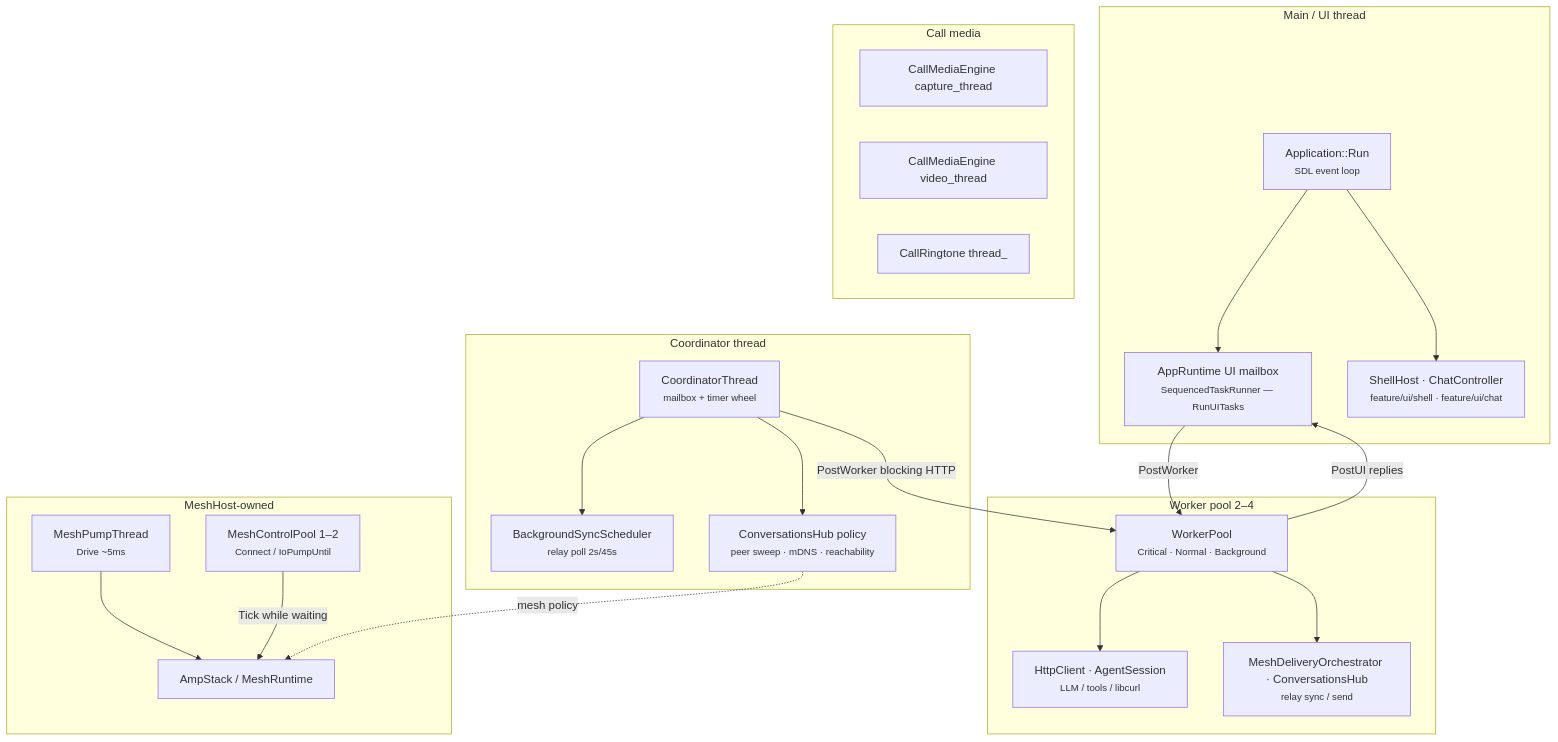
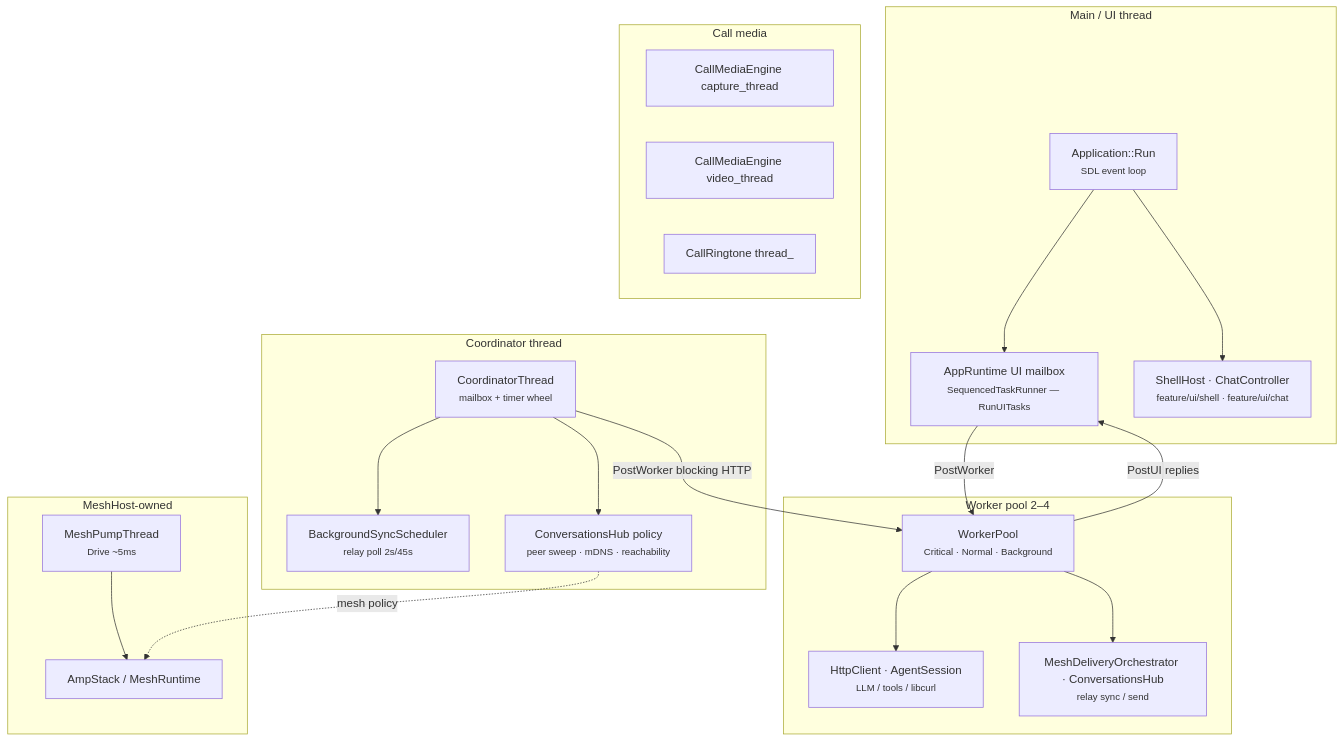
Before and after one commit to people-post/pp-browser: the fourth of 4 diagrams in docs/architecture/RUNTIME_COMPOSITION.md, drawn with Mermaid. The commit also changed other lines of this file and 50 other files, not shown here.

````diff
--- a/docs/architecture/RUNTIME_COMPOSITION.md
+++ b/docs/architecture/RUNTIME_COMPOSITION.md
@@ -235,45 +235,43 @@
 ```mermaid
 flowchart TB
   subgraph main["Main / UI thread"]
     SDL["Application::Run<br/><small>SDL event loop</small>"]
     UIQ["AppRuntime UI mailbox<br/><small>SequencedTaskRunner — RunUITasks</small>"]
     ShellTick["ShellHost · ChatController<br/><small>feature/ui/shell · feature/ui/chat</small>"]
     SDL --> UIQ
     SDL --> ShellTick
   end
 
   subgraph coord["Coordinator thread"]
     Coord["CoordinatorThread<br/><small>mailbox + timer wheel</small>"]
     RelayPoll["BackgroundSyncScheduler<br/><small>relay poll 2s/45s</small>"]
     HubPolicy["ConversationsHub policy<br/><small>peer sweep · mDNS · reachability</small>"]
     Coord --> RelayPoll
     Coord --> HubPolicy
   end
 
   subgraph pool["Worker pool 2–4"]
     Pool["WorkerPool<br/><small>Critical · Normal · Background</small>"]
     Http["HttpClient · AgentSession<br/><small>LLM / tools / libcurl</small>"]
     P2pWork["MeshDeliveryOrchestrator · ConversationsHub<br/><small>relay sync / send</small>"]
     Pool --> Http
     Pool --> P2pWork
   end
 
   subgraph mesh_host["MeshHost-owned"]
     Pump["MeshPumpThread<br/><small>Drive ~5ms</small>"]
-    Ctrl["MeshControlPool 1–2<br/><small>Connect / IoPumpUntil</small>"]
     Amp["AmpStack / MeshRuntime"]
     Pump --> Amp
-    Ctrl -->|"Tick while waiting"| Amp
   end
 
   subgraph media_stack["Call media"]
     Cap["CallMediaEngine capture_thread"]
     Vid["CallMediaEngine video_thread"]
     Ring["CallRingtone thread_"]
   end
 
   UIQ -->|"PostWorker"| Pool
   Pool -->|"PostUI replies"| UIQ
   Coord -->|"PostWorker blocking HTTP"| Pool
   HubPolicy -.->|"mesh policy"| Amp
 ```
````
